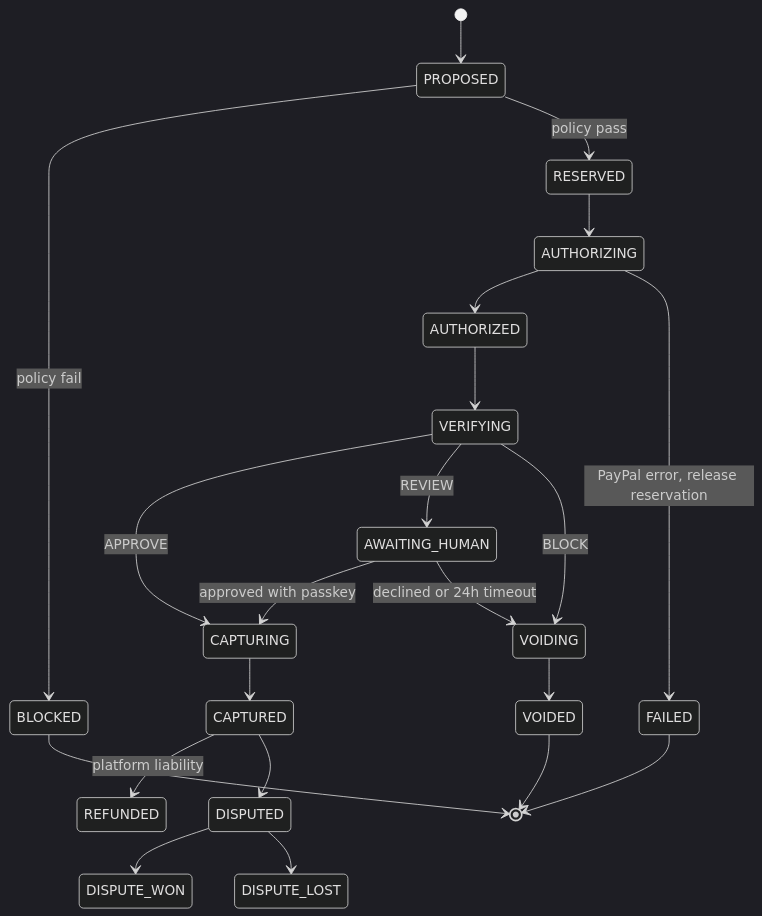
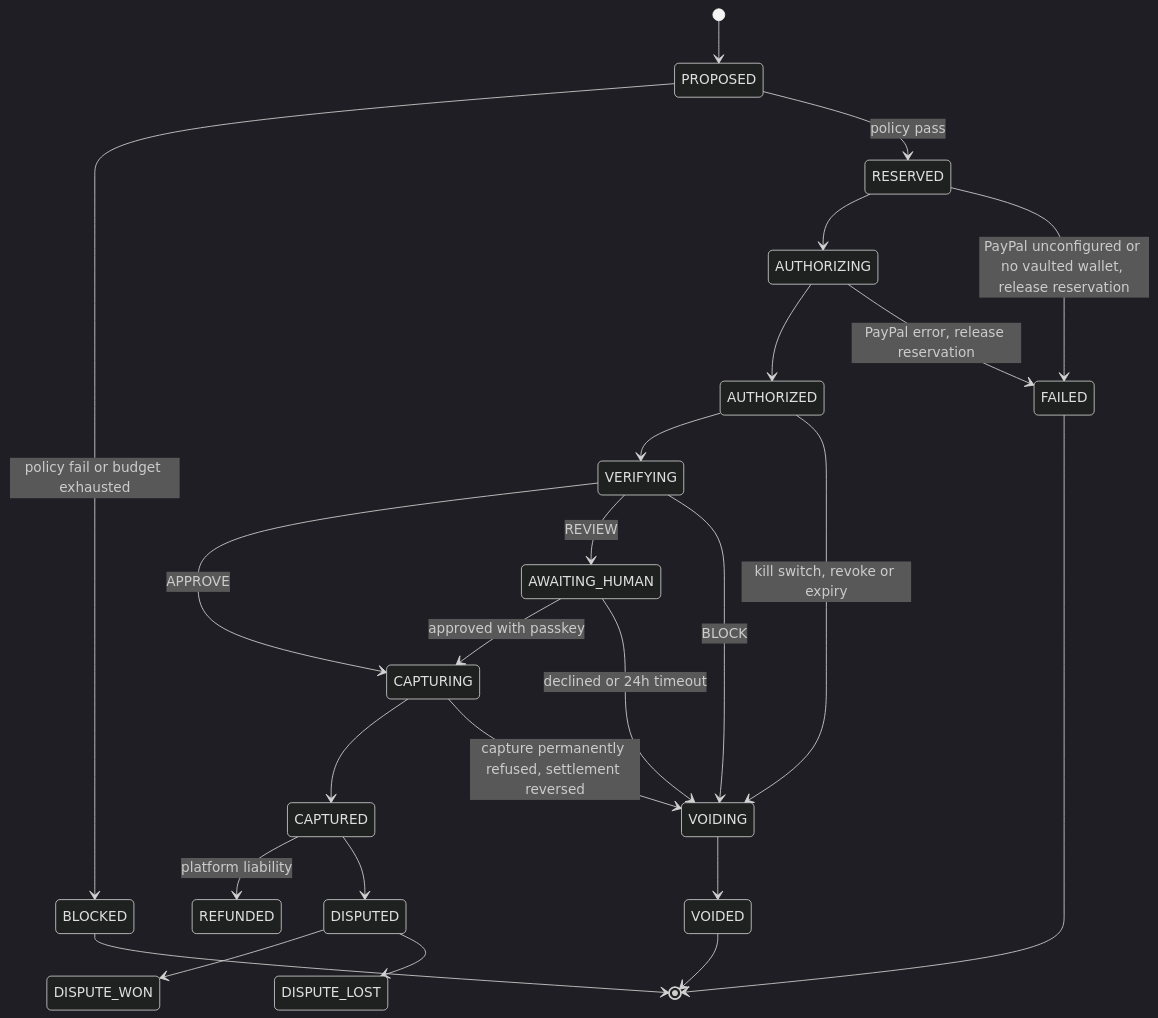
Before and after one commit to Gauravtiwari31/writ: the second of 4 diagrams in plan.md, drawn with Mermaid (dark theme). The commit also changed other lines of this file and 158 other files, not shown here.

First line of the commit message:
feat: P0-1 to P0-13 architecture skeleton, contracts, schema and Wallet scaffold

````diff
--- a/plan.md
+++ b/plan.md
@@ -277,24 +281,27 @@
 ```mermaid
 stateDiagram-v2
   [*] --> PROPOSED
-  PROPOSED --> BLOCKED: policy fail
+  PROPOSED --> BLOCKED: policy fail or budget exhausted
   PROPOSED --> RESERVED: policy pass
   RESERVED --> AUTHORIZING
+  RESERVED --> FAILED: PayPal unconfigured or no vaulted wallet, release reservation
   AUTHORIZING --> AUTHORIZED
   AUTHORIZING --> FAILED: PayPal error, release reservation
   AUTHORIZED --> VERIFYING
+  AUTHORIZED --> VOIDING: kill switch, revoke or expiry
   VERIFYING --> CAPTURING: APPROVE
   VERIFYING --> AWAITING_HUMAN: REVIEW
   VERIFYING --> VOIDING: BLOCK
   AWAITING_HUMAN --> CAPTURING: approved with passkey
   AWAITING_HUMAN --> VOIDING: declined or 24h timeout
   CAPTURING --> CAPTURED
+  CAPTURING --> VOIDING: capture permanently refused, settlement reversed
   VOIDING --> VOIDED
   CAPTURED --> REFUNDED: platform liability
   CAPTURED --> DISPUTED
   DISPUTED --> DISPUTE_WON
   DISPUTED --> DISPUTE_LOST
   BLOCKED --> [*]
   VOIDED --> [*]
   FAILED --> [*]
 ```
````
